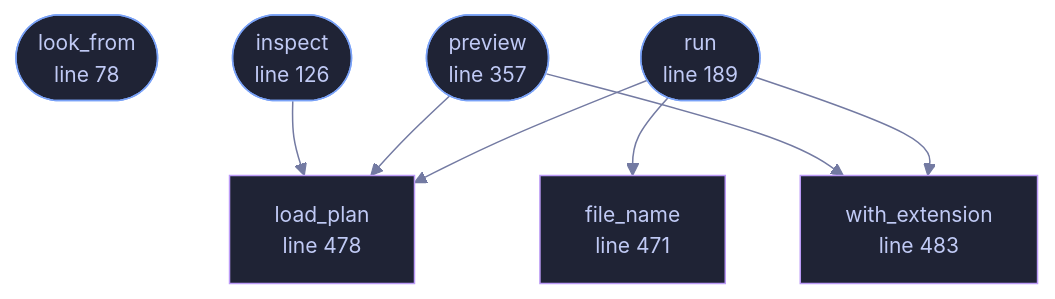
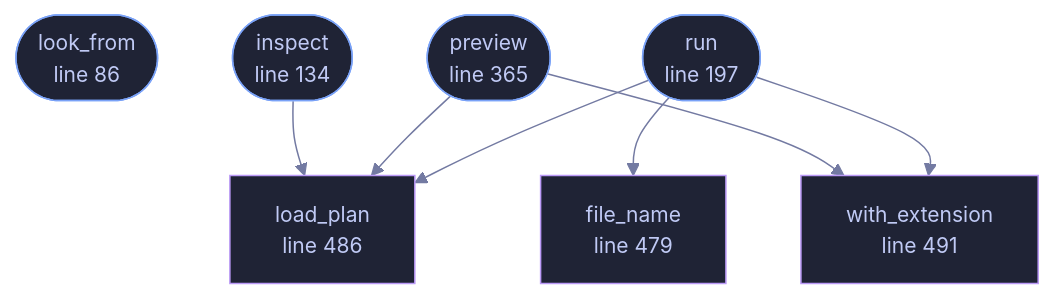
Before and after one commit to tilas01/veilvoice: the diagram in docs/files/veilvoice-cli/conversation.md, drawn with Mermaid. The commit also changed other lines of this file and 487 other files, not shown here.

````diff
--- a/docs/files/veilvoice-cli/conversation.md
+++ b/docs/files/veilvoice-cli/conversation.md
@@ -109,28 +118,28 @@
 ```mermaid
 %%{init: {"theme":"base","themeVariables":{"background":"#1a1b26","primaryColor":"#1f2335","primaryTextColor":"#c0caf5","primaryBorderColor":"#7aa2f7","secondaryColor":"#16161e","tertiaryColor":"#16161e","lineColor":"#737aa2","textColor":"#c0caf5","mainBkg":"#1f2335","nodeBorder":"#7aa2f7","clusterBkg":"#16161e","clusterBorder":"#2f3549","fontFamily":"ui-monospace, SFMono-Regular, Consolas, monospace","fontSize":"14px"}}}%%
 flowchart TD
-    n_look_from(["look_from<br/>line 78"])
-    n_inspect(["inspect<br/>line 126"])
-    n_run(["run<br/>line 189"])
-    n_preview(["preview<br/>line 357"])
-    n_file_name["file_name<br/>line 471"]
-    n_load_plan["load_plan<br/>line 478"]
-    n_with_extension["with_extension<br/>line 483"]
+    n_look_from(["look_from<br/>line 86"])
+    n_inspect(["inspect<br/>line 134"])
+    n_run(["run<br/>line 197"])
+    n_preview(["preview<br/>line 365"])
+    n_file_name["file_name<br/>line 479"]
+    n_load_plan["load_plan<br/>line 486"]
+    n_with_extension["with_extension<br/>line 491"]
     n_inspect --> n_load_plan
     n_preview --> n_load_plan
     n_preview --> n_with_extension
     n_run --> n_file_name
     n_run --> n_load_plan
     n_run --> n_with_extension
-    click n_look_from href "https://github.com/tilas01/veilvoice/blob/main/crates/veilvoice-cli/src/conversation.rs#L78" "open the source"
-    click n_inspect href "https://github.com/tilas01/veilvoice/blob/main/crates/veilvoice-cli/src/conversation.rs#L126" "open the source"
-    click n_run href "https://github.com/tilas01/veilvoice/blob/main/crates/veilvoice-cli/src/conversation.rs#L189" "open the source"
-    click n_preview href "https://github.com/tilas01/veilvoice/blob/main/crates/veilvoice-cli/src/conversation.rs#L357" "open the source"
-    click n_file_name href "https://github.com/tilas01/veilvoice/blob/main/crates/veilvoice-cli/src/conversation.rs#L471" "open the source"
-    click n_load_plan href "https://github.com/tilas01/veilvoice/blob/main/crates/veilvoice-cli/src/conversation.rs#L478" "open the source"
-    click n_with_extension href "https://github.com/tilas01/veilvoice/blob/main/crates/veilvoice-cli/src/conversation.rs#L483" "open the source"
+    click n_look_from href "https://github.com/tilas01/veilvoice/blob/main/crates/veilvoice-cli/src/conversation.rs#L86" "open the source"
+    click n_inspect href "https://github.com/tilas01/veilvoice/blob/main/crates/veilvoice-cli/src/conversation.rs#L134" "open the source"
+    click n_run href "https://github.com/tilas01/veilvoice/blob/main/crates/veilvoice-cli/src/conversation.rs#L197" "open the source"
+    click n_preview href "https://github.com/tilas01/veilvoice/blob/main/crates/veilvoice-cli/src/conversation.rs#L365" "open the source"
+    click n_file_name href "https://github.com/tilas01/veilvoice/blob/main/crates/veilvoice-cli/src/conversation.rs#L479" "open the source"
+    click n_load_plan href "https://github.com/tilas01/veilvoice/blob/main/crates/veilvoice-cli/src/conversation.rs#L486" "open the source"
+    click n_with_extension href "https://github.com/tilas01/veilvoice/blob/main/crates/veilvoice-cli/src/conversation.rs#L491" "open the source"
     classDef entry fill:#1f2335,stroke:#7aa2f7,color:#c0caf5
     class n_look_from,n_inspect,n_run,n_preview entry
     classDef helper fill:#1f2335,stroke:#bb9af7,color:#c0caf5
     class n_file_name,n_load_plan,n_with_extension helper
 ```
````
